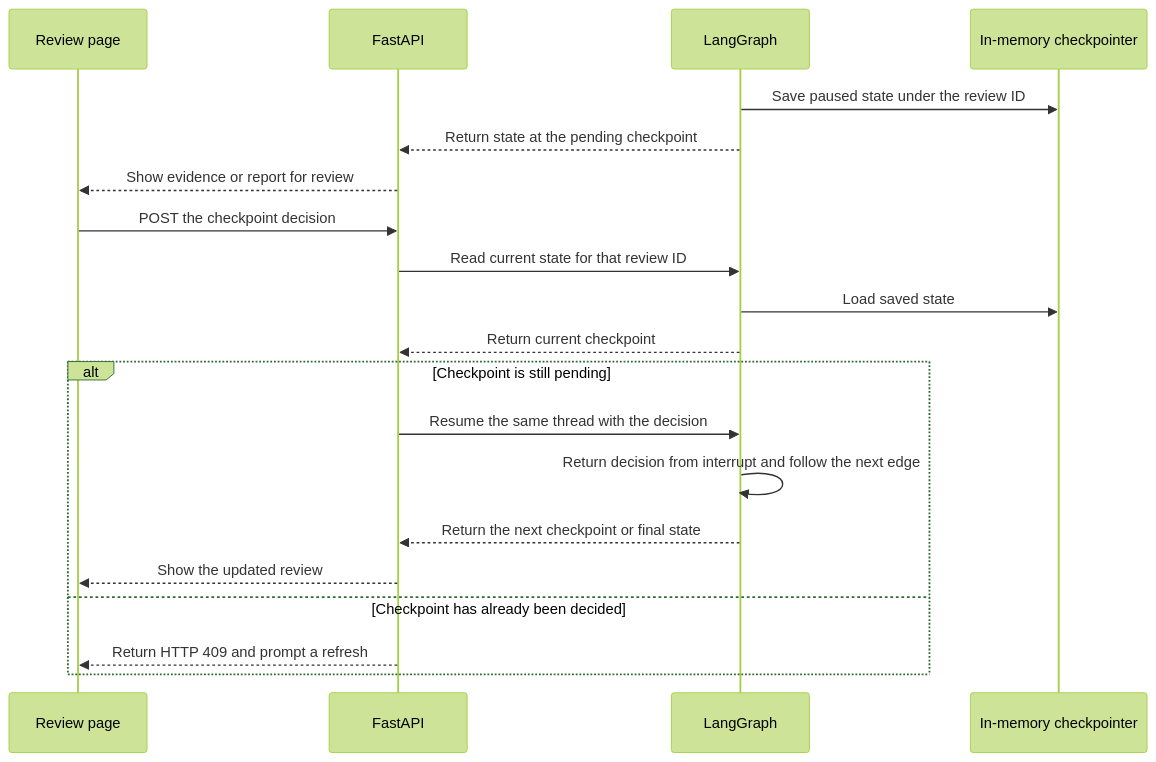
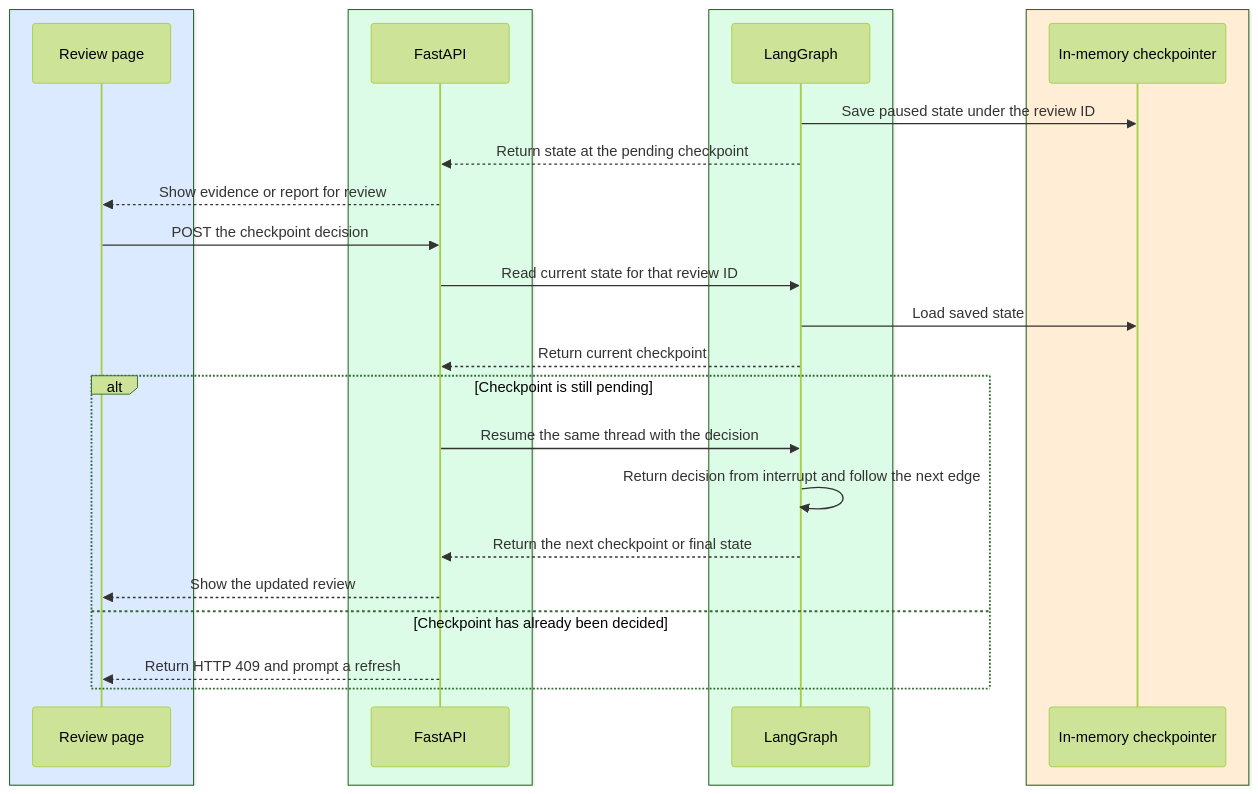
One commit to girisheduru/archgovasst changed the sixth of 9 diagrams in flowdiagrams.md. Above: the diagram before and after it, drawn with Mermaid (forest theme). The commit also changed other lines of this file and 18 other files, not shown here.

Commit message:
Nodes and architecture changed along with banners and comments

````diff
--- a/flowdiagrams.md
+++ b/flowdiagrams.md
@@ -98,22 +182,30 @@
 ```mermaid
 sequenceDiagram
-    participant UI as Review page
-    participant API as FastAPI
-    participant Graph as LangGraph
-    participant Store as In-memory checkpointer
+    box rgb(219, 234, 254)
+        participant UI as Review page
+    end
+    box rgb(220, 252, 231)
+        participant API as FastAPI
+    end
+    box rgb(220, 252, 231)
+        participant Graph as LangGraph
+    end
+    box rgb(255, 237, 213)
+        participant Store as In-memory checkpointer
+    end
     Graph->>Store: Save paused state under the review ID
     Graph-->>API: Return state at the pending checkpoint
     API-->>UI: Show evidence or report for review
     UI->>API: POST the checkpoint decision
     API->>Graph: Read current state for that review ID
     Graph->>Store: Load saved state
     Graph-->>API: Return current checkpoint
     alt Checkpoint is still pending
         API->>Graph: Resume the same thread with the decision
         Graph->>Graph: Return decision from interrupt and follow the next edge
         Graph-->>API: Return the next checkpoint or final state
         API-->>UI: Show the updated review
     else Checkpoint has already been decided
         API-->>UI: Return HTTP 409 and prompt a refresh
     end
 ```
````
